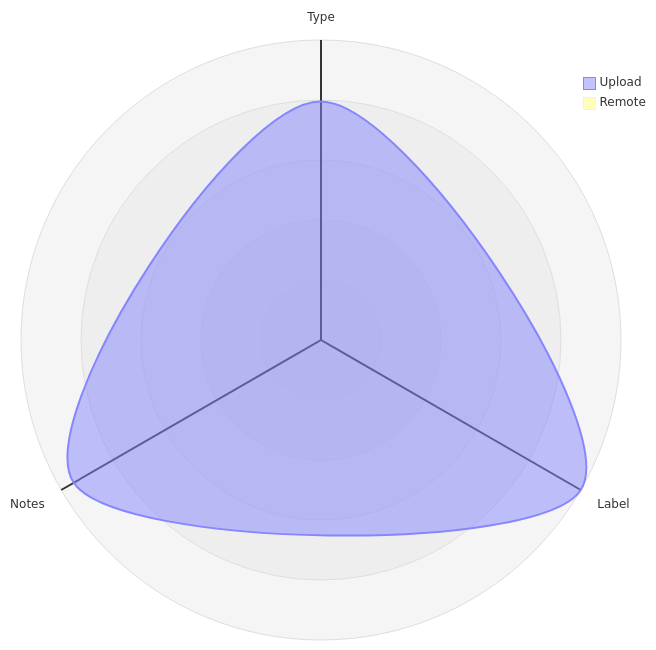
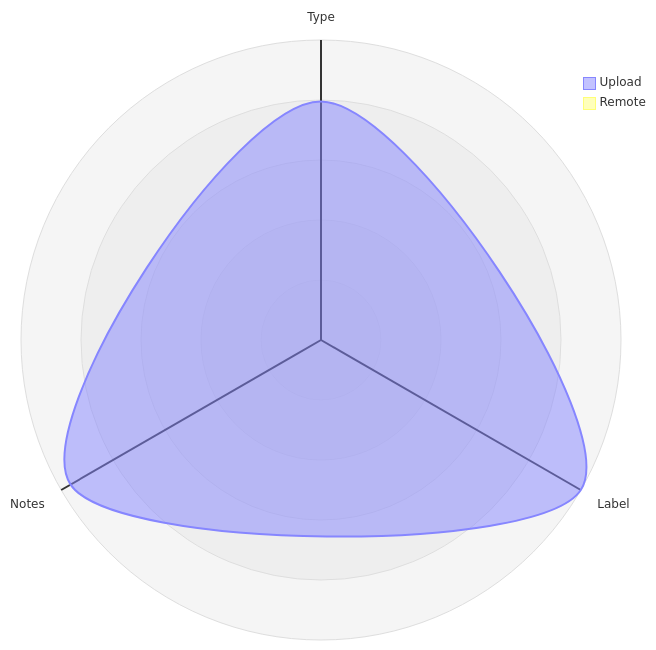
The third of 5 diagrams in datastore_tracker/README.md (open-data/analytics-corporate-reporting), drawn with Mermaid before and after one commit. The commit also changed other lines of this file and 9 other files, not shown here.

````diff
--- a/datastore_tracker/README.md
+++ b/datastore_tracker/README.md
@@ -104,12 +104,12 @@
 ```mermaid
 radar-beta
   axis T["Type"], L["Label"], N["Notes"]
-  curve u["Upload"]{0.00066, 0.00083, 0.00079}
+  curve u["Upload"]{0.00066, 0.00083, 0.0008}
   curve r["Remote"]{0, 0, 0}
 
   showLegend true
 
   min 0
   graticule circle
   ticks 5
 ```
````
